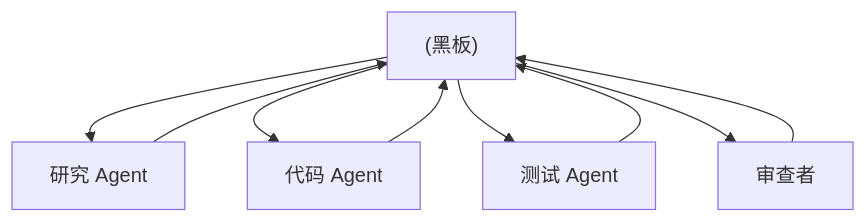
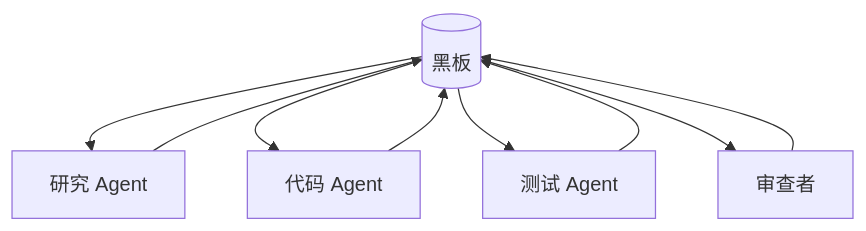
The diagram in content/wiki/patterns/blackboard-shared-memory.md (riba2534/multi-agent-wiki-cn), drawn with Mermaid before and after one commit. The commit also changed 37 other files, not shown here.

````diff
--- a/content/wiki/patterns/blackboard-shared-memory.md
+++ b/content/wiki/patterns/blackboard-shared-memory.md
@@ -16,12 +16,12 @@
 ```mermaid
 flowchart TD
-  BB["(黑板)"]
+  BB[(黑板)]
   A["研究 Agent"] --> BB
   B["代码 Agent"] --> BB
   C["测试 Agent"] --> BB
   D["审查者"] --> BB
   BB --> A
   BB --> B
   BB --> C
   BB --> D
 ```
````
